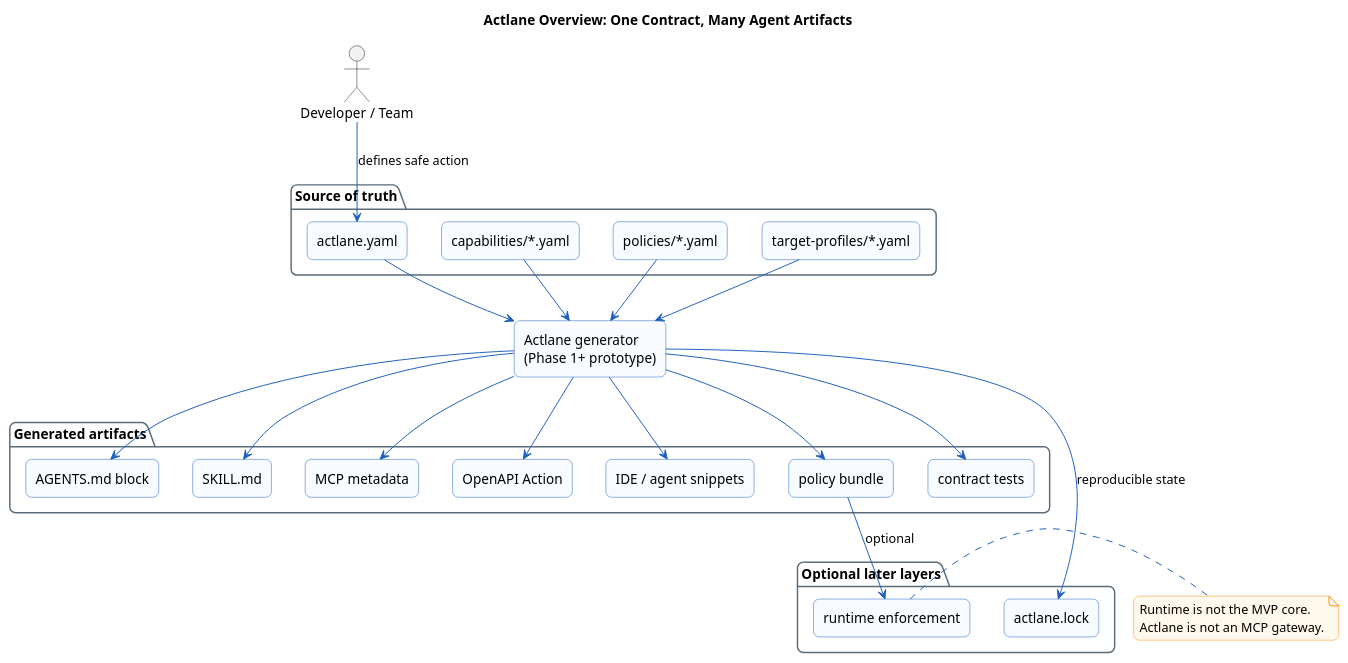
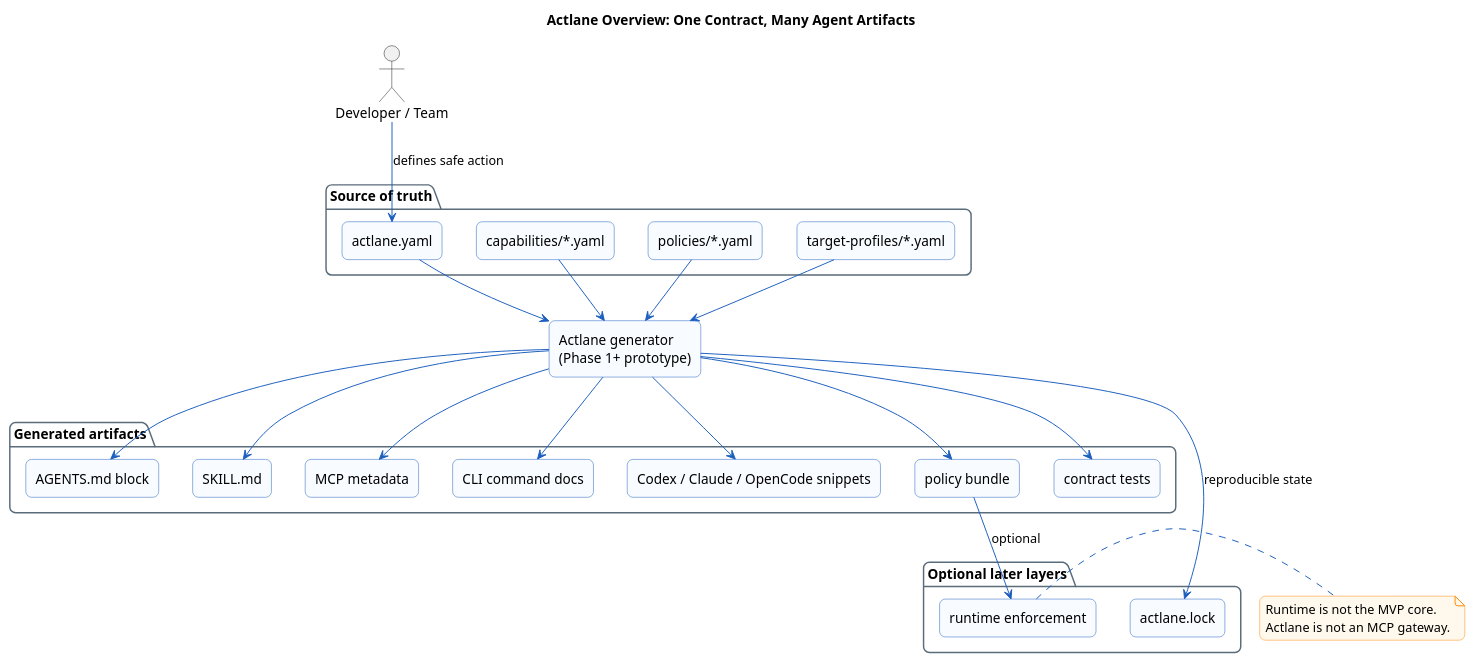
One commit to bakaut/actlane changed the diagram in diagrams/plantuml/actlane-overview.puml. Above: the diagram before and after it, drawn with PlantUML. The commit also changed 49 other files, not shown here.

```diff
--- a/diagrams/plantuml/actlane-overview.puml
+++ b/diagrams/plantuml/actlane-overview.puml
@@ -1,62 +1,62 @@
 @startuml
 skinparam backgroundColor #FFFFFF
 skinparam shadowing false
 skinparam roundcorner 12
 skinparam ArrowColor #1B5EBE
 skinparam RectangleBorderColor #1B5EBE
 skinparam RectangleBackgroundColor #F8FBFF
 skinparam PackageBorderColor #5A6B7A
 skinparam PackageBackgroundColor #FFFFFF
 skinparam NoteBackgroundColor #FFF8ED
 skinparam NoteBorderColor #FF8A00
 
 title Actlane Overview: One Contract, Many Agent Artifacts
 
 actor "Developer / Team" as dev
 
 package "Source of truth" {
   rectangle "actlane.yaml" as manifest
   rectangle "capabilities/*.yaml" as capabilities
   rectangle "policies/*.yaml" as policies
   rectangle "target-profiles/*.yaml" as targets
 }
 
 rectangle "Actlane generator\n(Phase 1+ prototype)" as generator
 
 package "Generated artifacts" {
   rectangle "AGENTS.md block" as agents
   rectangle "SKILL.md" as skill
   rectangle "MCP metadata" as mcp
-  rectangle "OpenAPI Action" as openapi
-  rectangle "IDE / agent snippets" as snippets
+  rectangle "CLI command docs" as cli
+  rectangle "Codex / Claude / OpenCode snippets" as snippets
   rectangle "policy bundle" as policy
   rectangle "contract tests" as tests
 }
 
 package "Optional later layers" {
   rectangle "actlane.lock" as lock
   rectangle "runtime enforcement" as runtime
 }
 
 dev --> manifest : defines safe action
 manifest --> generator
 capabilities --> generator
 policies --> generator
 targets --> generator
 
 generator --> agents
 generator --> skill
 generator --> mcp
-generator --> openapi
+generator --> cli
 generator --> snippets
 generator --> policy
 generator --> tests
 generator --> lock : reproducible state
 
 policy --> runtime : optional
 
 note right of runtime
 Runtime is not the MVP core.
 Actlane is not an MCP gateway.
 end note
 @enduml
```
